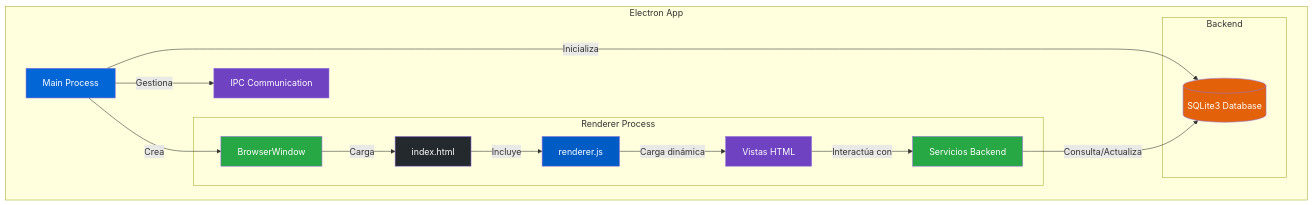
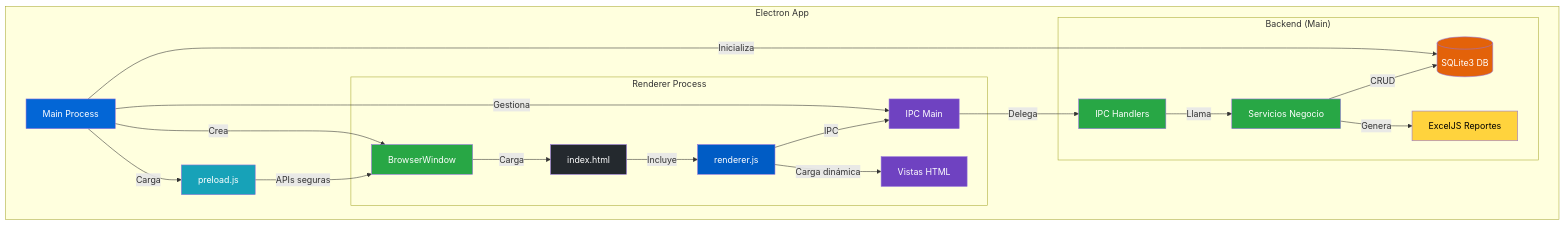
Before and after one commit to Municipalidad-de-San-Raymundo/munisanray-farmainvent-PROAM: the diagram in README.md, drawn with Mermaid. The commit also changed 2 other files, not shown here.

Commit message:
adding licence

````diff
--- a/README.md
+++ b/README.md
@@ -43,29 +43,37 @@
 ```mermaid
 graph TD
     subgraph "Electron App"
         A[Main Process] -->|Crea| B[BrowserWindow]
-        A -->|Gestiona| C[IPC Communication]
-        A -->|Inicializa| D[Database]
+        A -->|Carga| P[preload.js]
+        P -->|APIs seguras| B
+        A -->|Gestiona| C[IPC Main]
+        A -->|Inicializa| D[(SQLite3 DB)]
         
         subgraph "Renderer Process"
             B -->|Carga| E[index.html]
             E -->|Incluye| F[renderer.js]
             F -->|Carga dinámica| G[Vistas HTML]
-            G -->|Interactúa con| H[Servicios Backend]
+            F -->|IPC| C
         end
         
-        subgraph "Backend"
-            H -->|Consulta/Actualiza| D
-            D[(SQLite3 Database)]
+        subgraph "Backend (Main)"
+            C -->|Delega| H[IPC Handlers]
+            H -->|Llama| S[Servicios Negocio]
+            S -->|CRUD| D
+            S -->|Genera| X[ExcelJS Reportes]
         end
     end
 
+    %% Estilos
     style A fill:#0366d6,color:white
     style B fill:#28a745,color:white
+    style P fill:#17a2b8,color:white
     style C fill:#6f42c1,color:white
     style D fill:#e36209,color:white
     style E fill:#24292e,color:white
     style F fill:#005cc5,color:white
     style G fill:#6f42c1,color:white
     style H fill:#28a745,color:white
+    style S fill:#28a745,color:white
+    style X fill:#ffd33d,color:black
 ```
````
